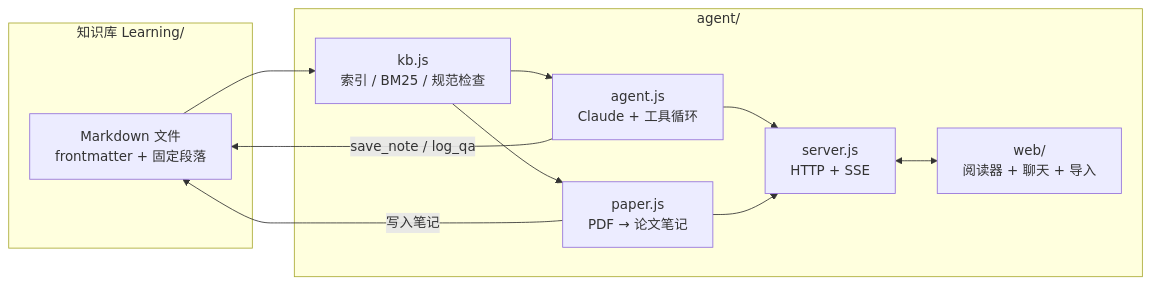
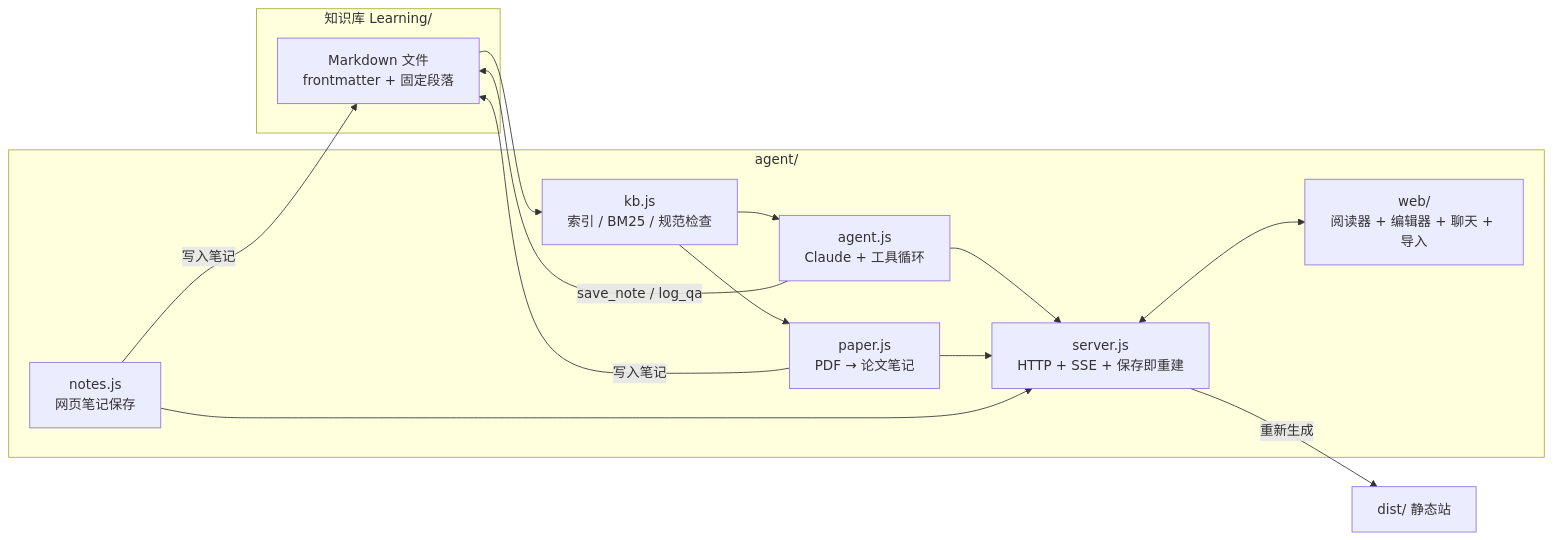
Before and after one commit to sl3597/learning: the diagram in agent/README.md, drawn with Mermaid. The commit also changed other lines of this file and 12 other files, not shown here.

````diff
--- a/agent/README.md
+++ b/agent/README.md
@@ -61,21 +62,25 @@
 ```mermaid
 flowchart LR
   subgraph KB[知识库 Learning/]
     MD[Markdown 文件<br/>frontmatter + 固定段落]
   end
   subgraph Agent[agent/]
     IDX[kb.js<br/>索引 / BM25 / 规范检查]
     CH[agent.js<br/>Claude + 工具循环]
     PP[paper.js<br/>PDF → 论文笔记]
-    SV[server.js<br/>HTTP + SSE]
-    WEB[web/<br/>阅读器 + 聊天 + 导入]
+    NT[notes.js<br/>网页笔记保存]
+    SV[server.js<br/>HTTP + SSE + 保存即重建]
+    WEB[web/<br/>阅读器 + 编辑器 + 聊天 + 导入]
   end
   MD --> IDX
   IDX --> CH
   IDX --> PP
   CH --> SV
   PP --> SV
+  NT --> SV
   SV <--> WEB
   CH -- save_note / log_qa --> MD
   PP -- 写入笔记 --> MD
+  NT -- 写入笔记 --> MD
+  SV -- 重新生成 --> DIST[dist/ 静态站]
 ```
````
